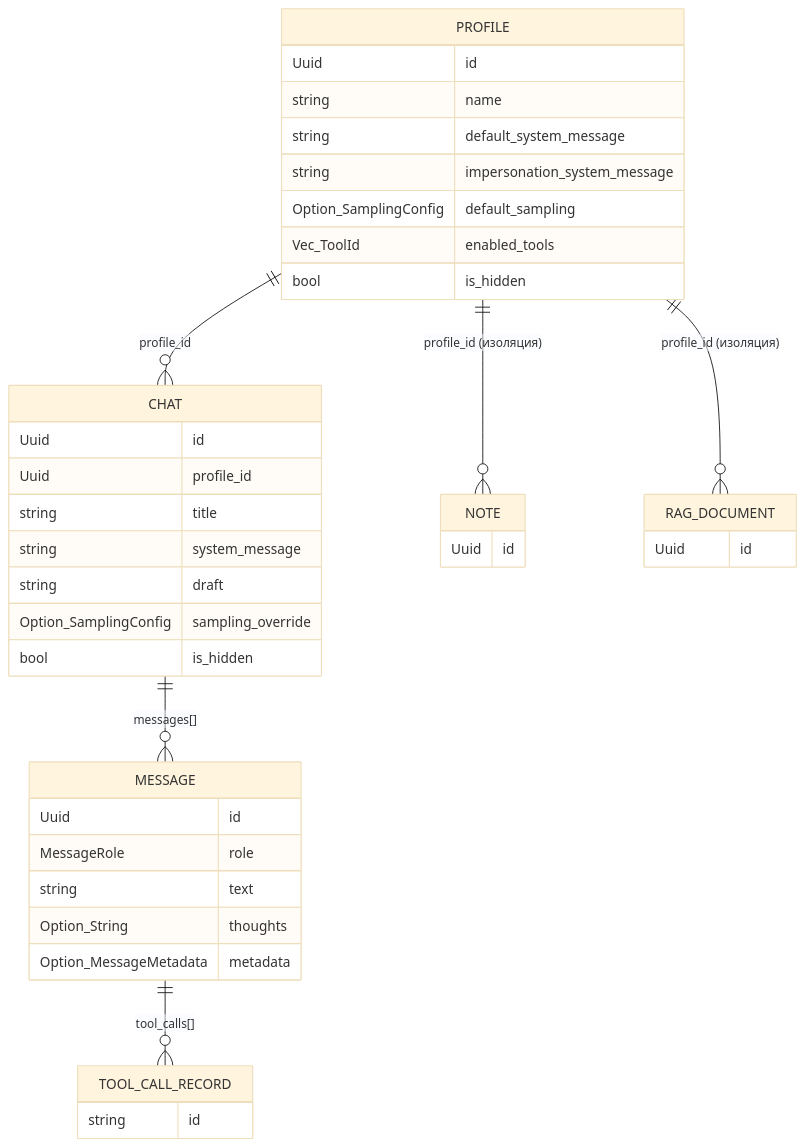
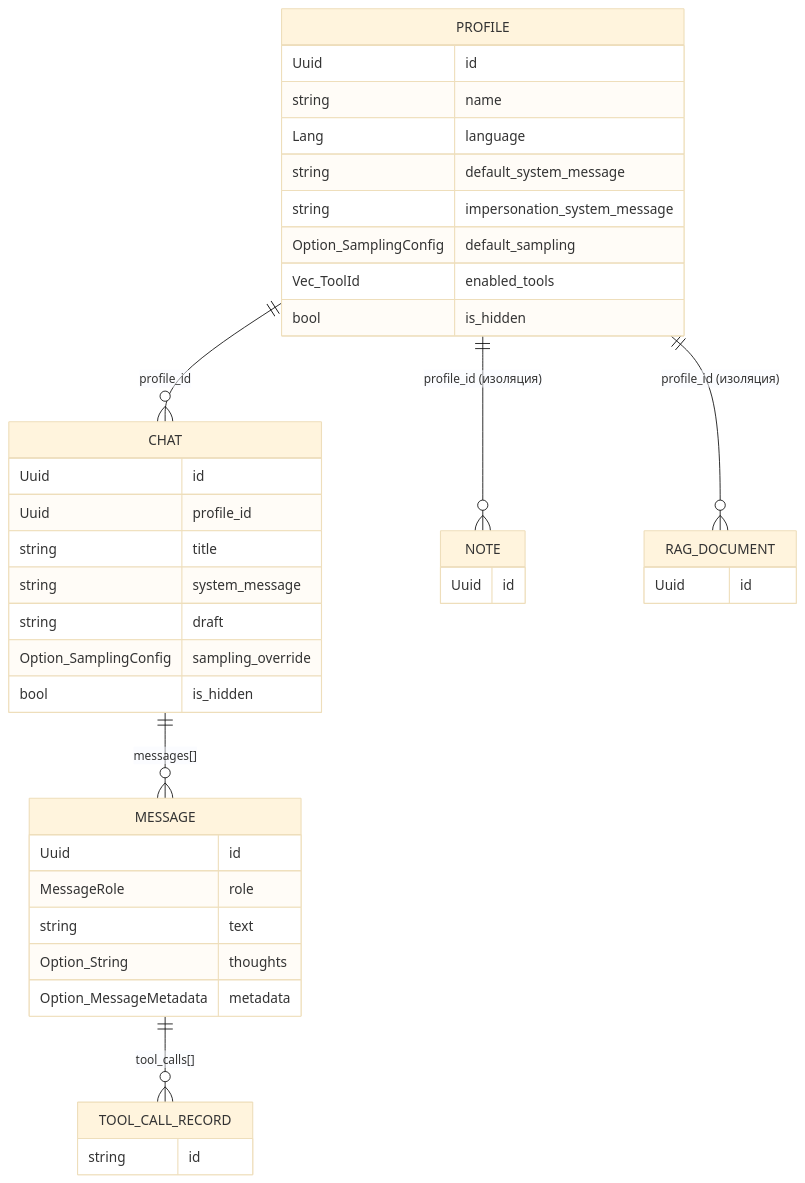
The eighth of 17 diagrams in docs/architecture.md (vshylov/mindfork-rs), drawn with Mermaid (base theme) before and after one commit. The commit also changed other lines of this file and 38 other files, not shown here.

````diff
--- a/docs/architecture.md
+++ b/docs/architecture.md
@@ -648,37 +650,38 @@
 ```mermaid
 erDiagram
     PROFILE ||--o{ CHAT : "profile_id"
     PROFILE ||--o{ NOTE : "profile_id (изоляция)"
     PROFILE ||--o{ RAG_DOCUMENT : "profile_id (изоляция)"
     CHAT ||--o{ MESSAGE : "messages[]"
     MESSAGE ||--o{ TOOL_CALL_RECORD : "tool_calls[]"
 
     PROFILE {
         Uuid id
         string name
+        Lang language
         string default_system_message
         string impersonation_system_message
         Option_SamplingConfig default_sampling
         Vec_ToolId enabled_tools
         bool is_hidden
     }
     CHAT {
         Uuid id
         Uuid profile_id
         string title
         string system_message
         string draft
         Option_SamplingConfig sampling_override
         bool is_hidden
     }
     MESSAGE {
         Uuid id
         MessageRole role
         string text
         Option_String thoughts
         Option_MessageMetadata metadata
     }
     NOTE { Uuid id }
     RAG_DOCUMENT { Uuid id }
     TOOL_CALL_RECORD { string id }
 ```
````
